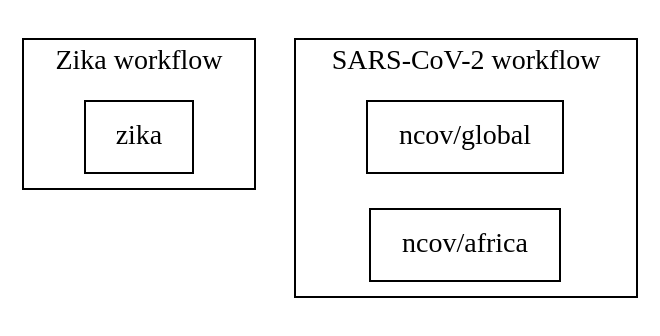
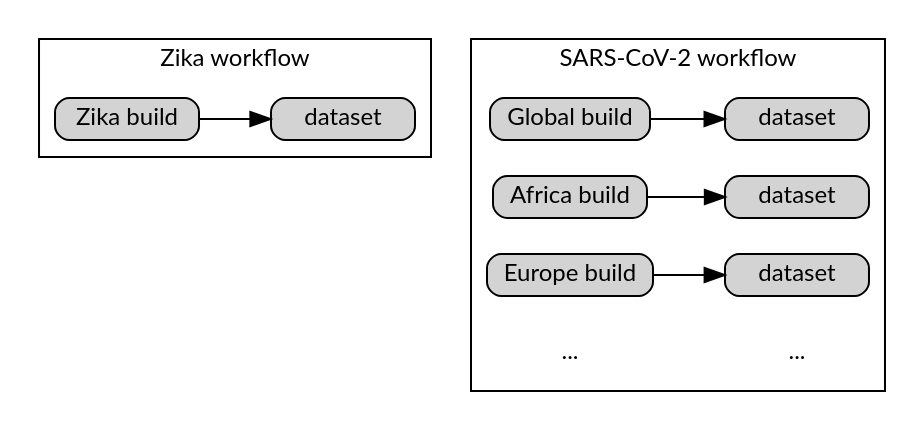
The fifth of 5 diagrams in src/learn/parts.rst (nextstrain/docs.nextstrain.org), drawn with Graphviz before and after one commit.

Commit message:
fix workflows graph

```diff
--- a/src/learn/parts.rst
+++ b/src/learn/parts.rst
@@ -163,24 +163,47 @@
 .. graphviz::
     :align: center
 
     digraph {
-        node [shape=box]
+        graph [
+            fontname="Lato, 'Helvetica Neue', sans-serif",
+            fontsize=12,
+        ]
+        node [
+            shape=box,
+            style="rounded, filled",
+            fontname="Lato, 'Helvetica Neue', sans-serif",
+            fontsize=12,
+            height=0.1,
+            colorscheme=paired10,
+        ];
         rankdir=LR
 
         subgraph cluster_0 {
             label = "Zika workflow";
-            build0 [label="zika"]
+            build0 [width=1, label="Zika build"]
+            dataset0 [width=1, label="dataset"]
         }
 
         subgraph cluster_1 {
             label = "SARS-CoV-2 workflow";
-            build1 [label="ncov/global"]
-            build2 [label="ncov/africa"]
+            build1 [width=1, label="Global build"]
+            build2 [width=1, label="Africa build"]
+            build3 [width=1, label="Europe build"]
+            dataset1 [width=1, label="dataset"]
+            dataset2 [width=1, label="dataset"]
+            dataset3 [width=1, label="dataset"]
+            ellipses1 [width=1, label="...", penwidth=0, fillcolor="white"]
+            ellipses2 [width=1, label="...", penwidth=0, fillcolor="white"]
         }
 
-        // invisible edge to arrange clusters on same row
+        build0 -> dataset0
+        build1 -> dataset1
+        build2 -> dataset2
+        build3 -> dataset3
+
         {
             edge[style=invis]
-            build0 -> build1
+            dataset0 -> build1      // arrange clusters on same row
+            ellipses1 -> ellipses2
         }
     }
```
